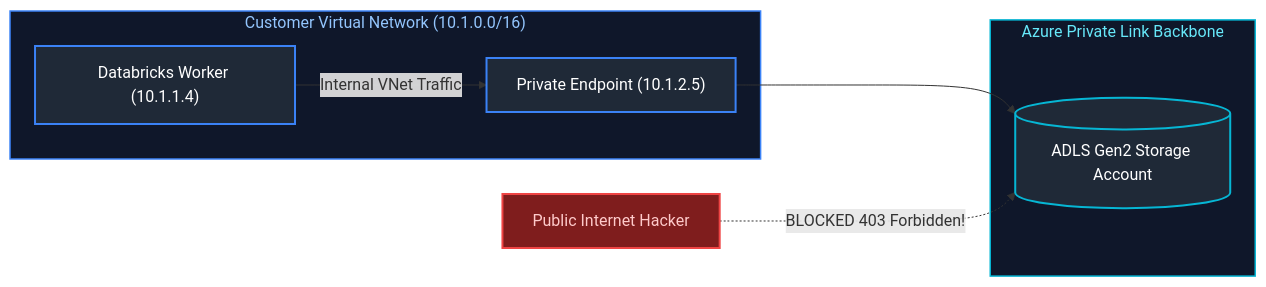
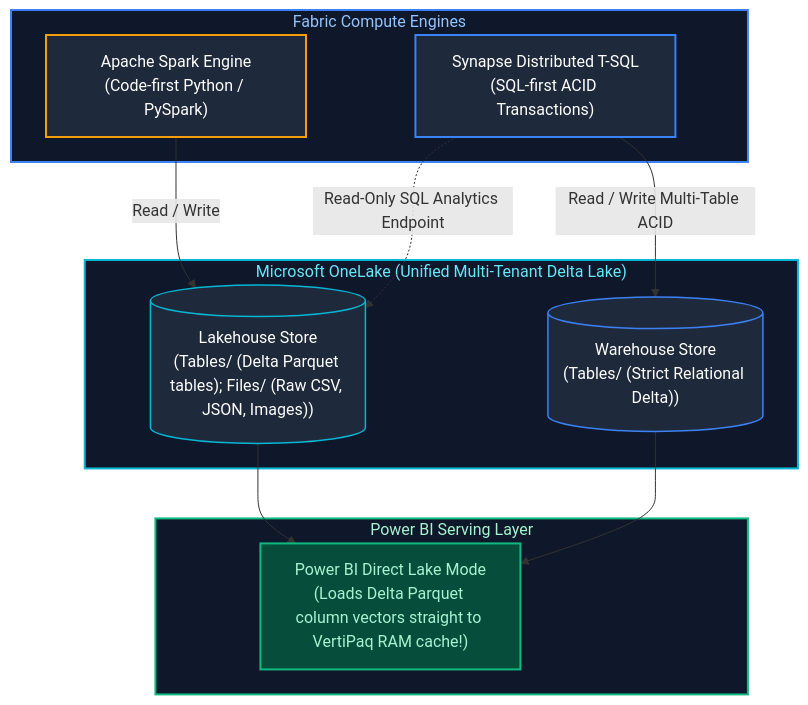
The fifth of 10 diagrams in Data Engineering/13_azure_data_engineering_and_devops.md (joydeep-biswas/Interview-Preparation), drawn with Mermaid before and after one commit. The commit also changed other lines of this file and 143 other files, not shown here.

````diff
--- a/Data Engineering/13_azure_data_engineering_and_devops.md
+++ b/Data Engineering/13_azure_data_engineering_and_devops.md
@@ -562,22 +615,32 @@
 ```mermaid
-flowchart LR
-    subgraph PrivateVNet ["Customer Virtual Network (10.1.0.0/16)"]
-        DatabricksNode["Databricks Worker (10.1.1.4)"]
-        PE["Private Endpoint (10.1.2.5)"]
-        DatabricksNode -->|Internal VNet Traffic| PE
+flowchart TD
+    subgraph OneLakeHub ["Microsoft OneLake (Unified Multi-Tenant Delta Lake)"]
+        LH_Store[("Lakehouse Store<br/>(Tables/ (Delta Parquet tables); Files/ (Raw CSV, JSON, Images))")]
+        WH_Store[("Warehouse Store<br/>(Tables/ (Strict Relational Delta))")]
     end
 
-    subgraph AzurePrivateLink ["Azure Private Link Backbone"]
-        PE --> ADLS[("ADLS Gen2 Storage Account")]
+    subgraph FabricEngines ["Fabric Compute Engines"]
+        SparkEng["Apache Spark Engine<br/>(Code-first Python / PySpark)"]
+        TSQLEng["Synapse Distributed T-SQL<br/>(SQL-first ACID Transactions)"]
     end
 
-    PublicInternet[Public Internet Hacker] -.->|BLOCKED 403 Forbidden!| ADLS
+    subgraph DirectLakeServing ["Power BI Serving Layer"]
+        DirectLake["Power BI Direct Lake Mode<br/>(Loads Delta Parquet column vectors straight to VertiPaq RAM cache!)"]
+    end
 
-    style PrivateVNet fill:#0f172a,stroke:#3b82f6,stroke-width:1.5px,color:#93c5fd
-    style AzurePrivateLink fill:#0f172a,stroke:#06b6d4,stroke-width:1.5px,color:#67e8f9
+    SparkEng -->|Read / Write| LH_Store
+    TSQLEng -->|Read / Write Multi-Table ACID| WH_Store
+    TSQLEng -.->|Read-Only SQL Analytics Endpoint| LH_Store
+    LH_Store --> DirectLake
+    WH_Store --> DirectLake
 
-    style DatabricksNode fill:#1f2937,stroke:#3b82f6,stroke-width:2px,color:#fff
-    style PE fill:#1f2937,stroke:#3b82f6,stroke-width:2px,color:#fff
-    style ADLS fill:#1f2937,stroke:#06b6d4,stroke-width:2px,color:#fff
-    style PublicInternet fill:#7f1d1d,stroke:#ef4444,stroke-width:2px,color:#fecaca
+    style OneLakeHub fill:#0f172a,stroke:#06b6d4,stroke-width:2px,color:#67e8f9
+    style FabricEngines fill:#0f172a,stroke:#3b82f6,stroke-width:2px,color:#93c5fd
+    style DirectLakeServing fill:#0f172a,stroke:#10b981,stroke-width:2px,color:#a7f3d0
+
+    style LH_Store fill:#1e293b,stroke:#06b6d4,stroke-width:1.5px,color:#fff
+    style WH_Store fill:#1e293b,stroke:#3b82f6,stroke-width:1.5px,color:#fff
+    style SparkEng fill:#1e293b,stroke:#f59e0b,stroke-width:2px,color:#fff
+    style TSQLEng fill:#1e293b,stroke:#3b82f6,stroke-width:2px,color:#fff
+    style DirectLake fill:#064e3b,stroke:#10b981,stroke-width:2px,color:#a7f3d0
 ```
````
